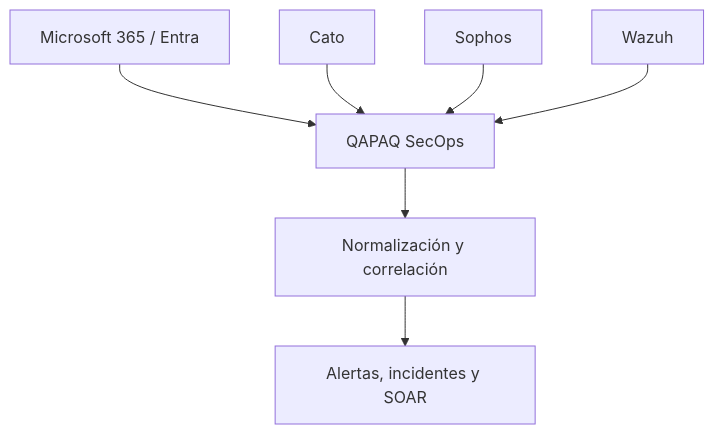
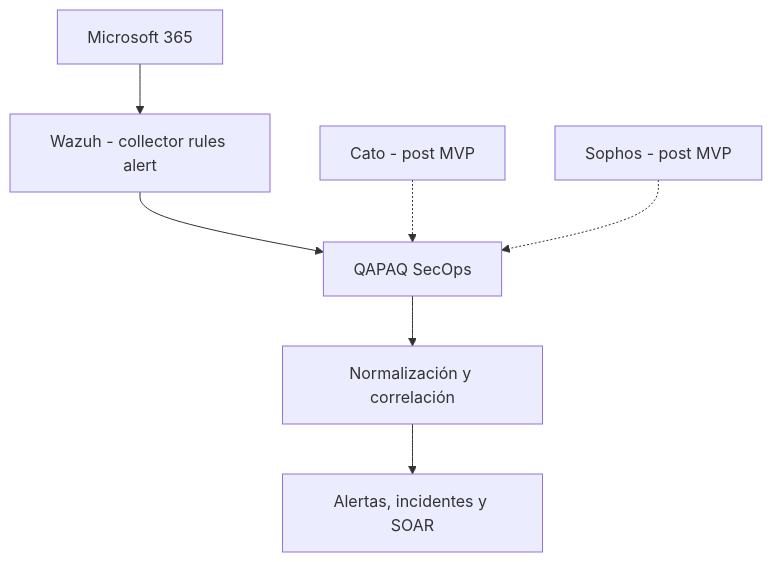
One commit to CyberStill-GmbH/qapaq-secops changed the diagram in docs/architecture/source-integration-strategy.md. Above: the diagram before and after it, drawn with Mermaid. The commit also changed other lines of this file and 22 other files, not shown here.

````diff
--- a/docs/architecture/source-integration-strategy.md
+++ b/docs/architecture/source-integration-strategy.md
@@ -26,9 +27,8 @@
 ```mermaid
 flowchart TD
-    M["Microsoft 365 / Entra"] --> Q["QAPAQ SecOps"]
-    C["Cato"] --> Q
-    S["Sophos"] --> Q
-    W["Wazuh"] --> Q
+    M["Microsoft 365"] --> W["Wazuh - collector rules alert"] --> Q["QAPAQ SecOps"]
+    C["Cato - post MVP"] -.-> Q
+    S["Sophos - post MVP"] -.-> Q
     Q --> O["Normalización y correlación"]
     O --> I["Alertas, incidentes y SOAR"]
 ```
````
